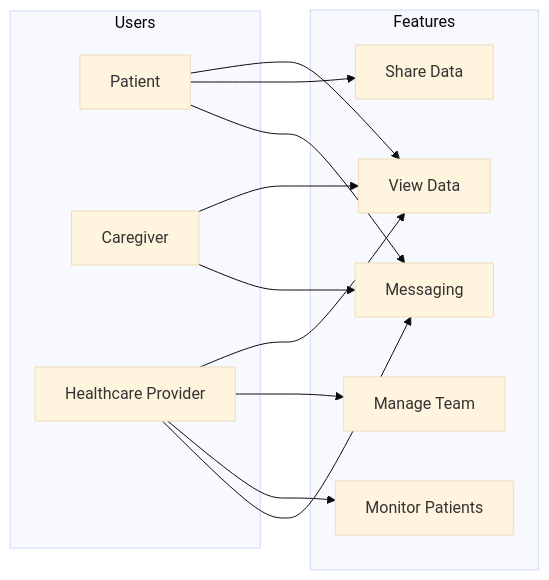
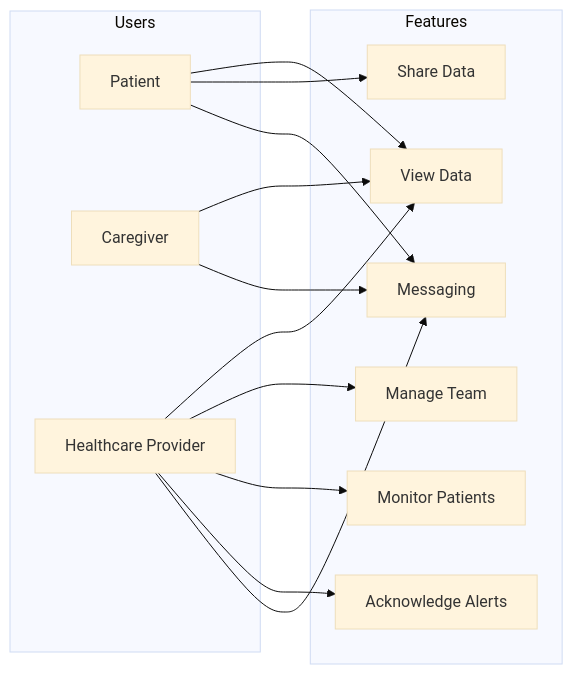
One commit to mdblp/blip changed the first of 9 diagrams in docs/FeatureOverview.md. Above: the diagram before and after it, drawn with Mermaid (base theme). The commit also changed other lines of this file, not shown here.

````diff
--- a/docs/FeatureOverview.md
+++ b/docs/FeatureOverview.md
@@ -7,26 +7,28 @@
 ```mermaid
 flowchart LR
     subgraph Users
         P[Patient]
         C[Caregiver]
         H[Healthcare Provider]
     end
 
     subgraph Features
         DATA[View Data]
         SHARE[Share Data]
         TEAM[Manage Team]
         MONITOR[Monitor Patients]
+        ACK[Acknowledge Alerts]
         CHAT[Messaging]
     end
 
     P --> DATA
     P --> SHARE
     P --> CHAT
     C --> DATA
     C --> CHAT
     H --> DATA
     H --> TEAM
     H --> MONITOR
+    H --> ACK
     H --> CHAT
 ```
````
